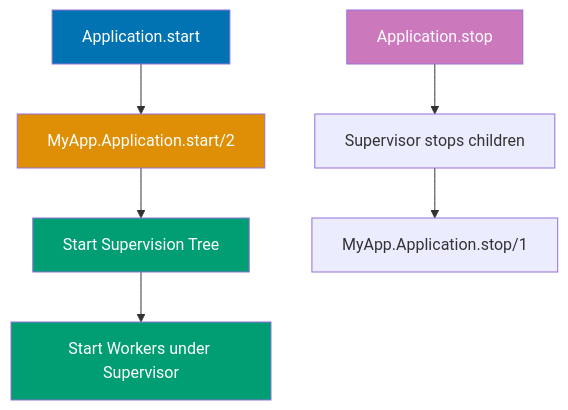
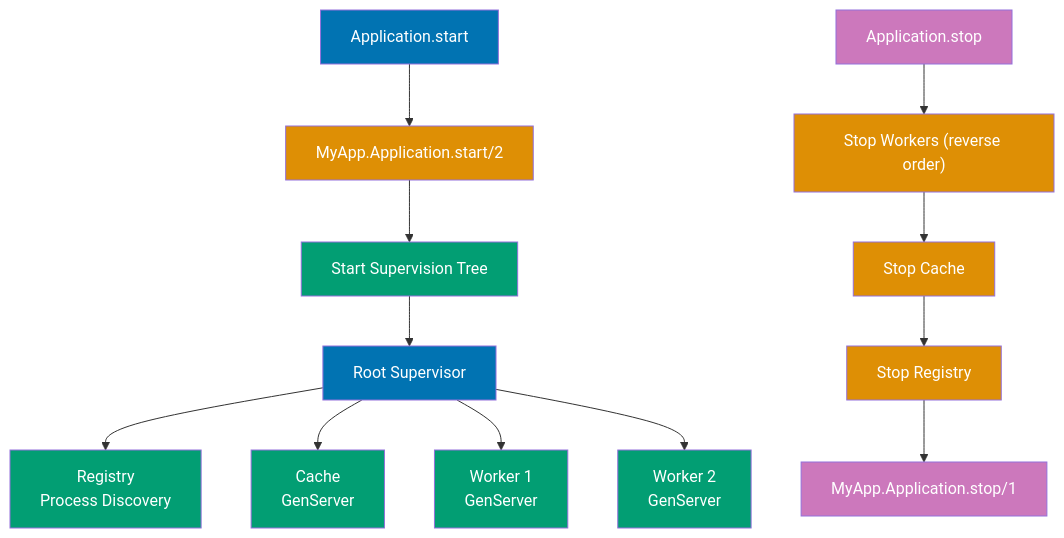
Diagram 12 of 24 in apps/ayokoding-web/content/en/learn/software-engineering/programming-languages/elixir/by-example/advanced.md (wahidyankf/open-sharia-enterprise), drawn with Mermaid before and after one commit. The commit also changed other lines of this file and 9 other files, not shown here.

````diff
--- a/apps/ayokoding-web/content/en/learn/software-engineering/programming-languages/elixir/by-example/advanced.md
+++ b/apps/ayokoding-web/content/en/learn/software-engineering/programming-languages/elixir/by-example/advanced.md
@@ -1639,16 +1671,30 @@
 ```mermaid
 %% Color Palette: Blue #0173B2, Orange #DE8F05, Teal #029E73, Purple #CC78BC, Brown #CA9161
 graph TD
     Start["Application.start"] --> Init["MyApp.Application.start/2"]
     Init --> SupTree["Start Supervision Tree"]
-    SupTree --> Workers["Start Workers under Supervisor"]
+    SupTree --> RootSup["Root Supervisor"]
+    RootSup --> Registry["Registry<br/>Process Discovery"]
+    RootSup --> Cache["Cache<br/>GenServer"]
+    RootSup --> Worker1["Worker 1<br/>GenServer"]
+    RootSup --> Worker2["Worker 2<br/>GenServer"]
 
-    Stop["Application.stop"] --> Terminate["Supervisor stops children"]
-    Terminate --> Cleanup["MyApp.Application.stop/1"]
+    Stop["Application.stop"] --> StopWorkers["Stop Workers (reverse order)"]
+    StopWorkers --> StopCache["Stop Cache"]
+    StopCache --> StopRegistry["Stop Registry"]
+    StopRegistry --> Cleanup["MyApp.Application.stop/1"]
 
     style Start fill:#0173B2,color:#fff
     style Init fill:#DE8F05,color:#fff
     style SupTree fill:#029E73,color:#fff
-    style Workers fill:#029E73,color:#fff
+    style RootSup fill:#0173B2,color:#fff
+    style Registry fill:#029E73,color:#fff
+    style Cache fill:#029E73,color:#fff
+    style Worker1 fill:#029E73,color:#fff
+    style Worker2 fill:#029E73,color:#fff
     style Stop fill:#CC78BC,color:#fff
+    style StopWorkers fill:#DE8F05,color:#fff
+    style StopCache fill:#DE8F05,color:#fff
+    style StopRegistry fill:#DE8F05,color:#fff
+    style Cleanup fill:#CC78BC,color:#fff
 ```
````
